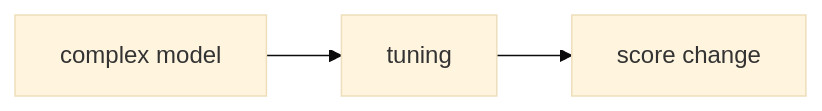
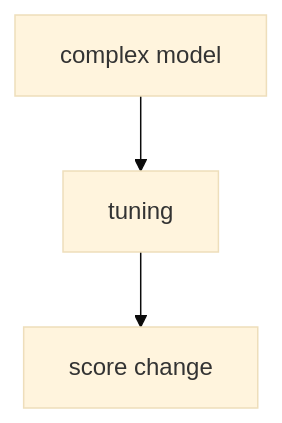
Before and after one commit to devchan64/AiBook: the fourth of 4 diagrams in docs/parts/part-03/chapter-08/section-02.md, drawn with Mermaid (base theme). The commit also changed other lines of this file and 62 other files, not shown here.

````diff
--- a/docs/parts/part-03/chapter-08/section-02.md
+++ b/docs/parts/part-03/chapter-08/section-02.md
@@ -215,8 +216,9 @@
 ```mermaid
-flowchart LR
+flowchart TB
   D["complex model"]
   E["tuning"]
   F["score change"]
 
-  D --> E --> F
+  D --> E
+  E --> F
 ```
````
